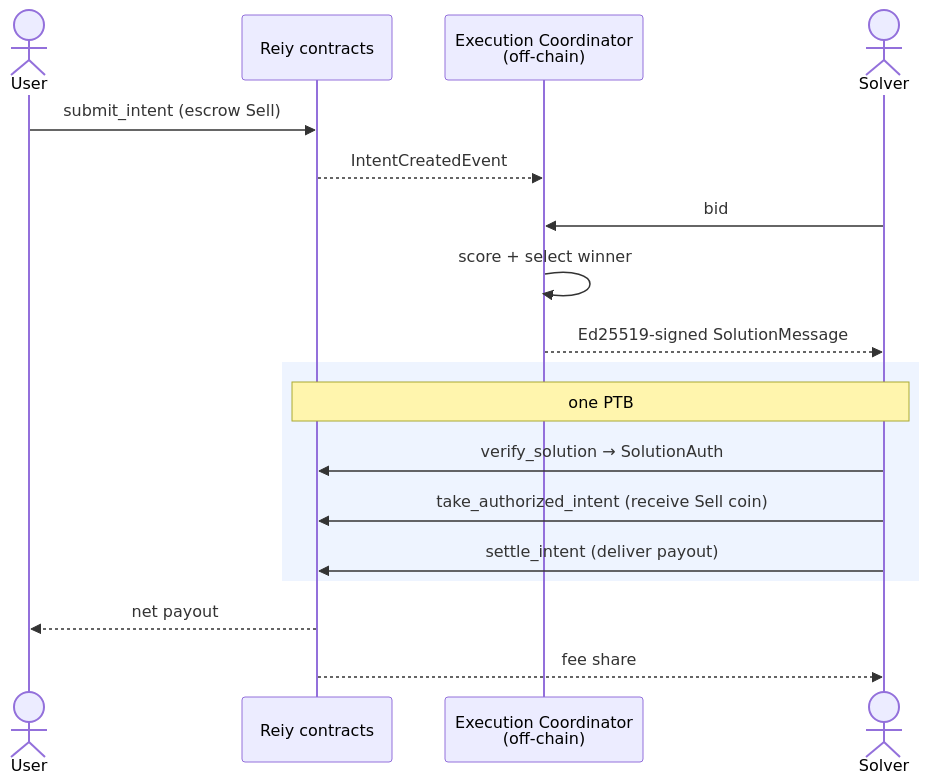
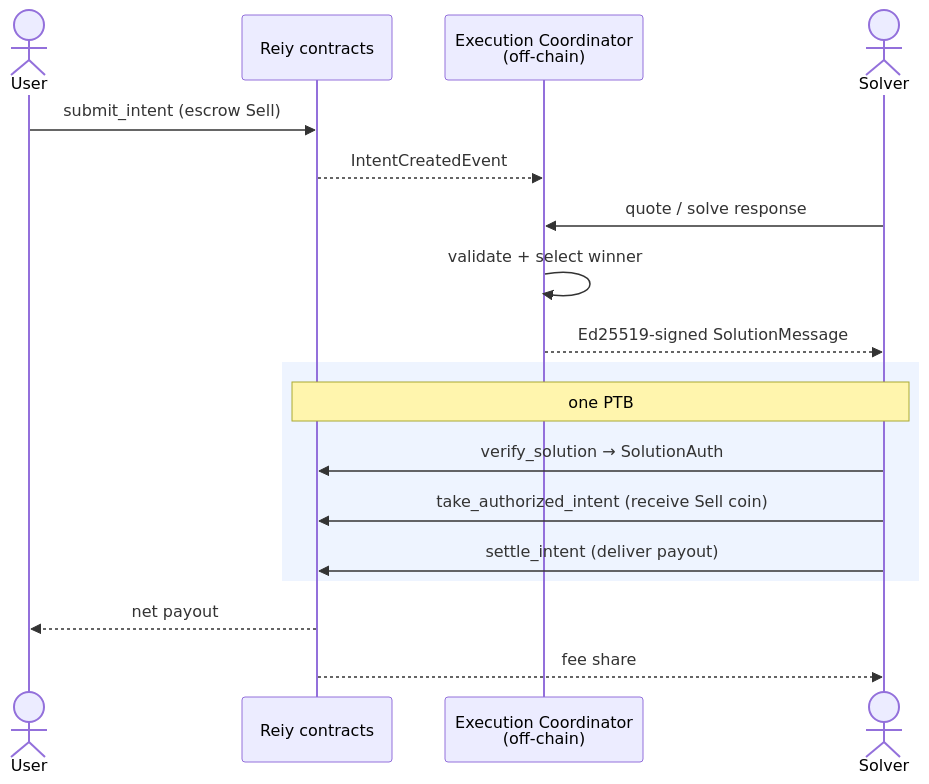
The diagram in README.md (reiy-finance/contracts), drawn with Mermaid before and after one commit. The commit also changed other lines of this file and 2 other files, not shown here.

Commit message:
docs: clarify hybrid settlement flow

````diff
--- a/README.md
+++ b/README.md
@@ -12,21 +12,21 @@
 ```mermaid
 sequenceDiagram
     actor User
     participant Chain as Reiy contracts
     participant Coord as Execution Coordinator<br/>(off-chain)
     actor Solver
 
     User->>Chain: submit_intent (escrow Sell)
     Chain-->>Coord: IntentCreatedEvent
-    Solver->>Coord: bid
-    Coord->>Coord: score + select winner
+    Solver->>Coord: quote / solve response
+    Coord->>Coord: validate + select winner
     Coord-->>Solver: Ed25519-signed SolutionMessage
     rect rgb(238, 244, 255)
     note over Solver,Chain: one PTB
     Solver->>Chain: verify_solution → SolutionAuth
     Solver->>Chain: take_authorized_intent (receive Sell coin)
     Solver->>Chain: settle_intent (deliver payout)
     end
     Chain-->>User: net payout
     Chain-->>Solver: fee share
 ```
````
